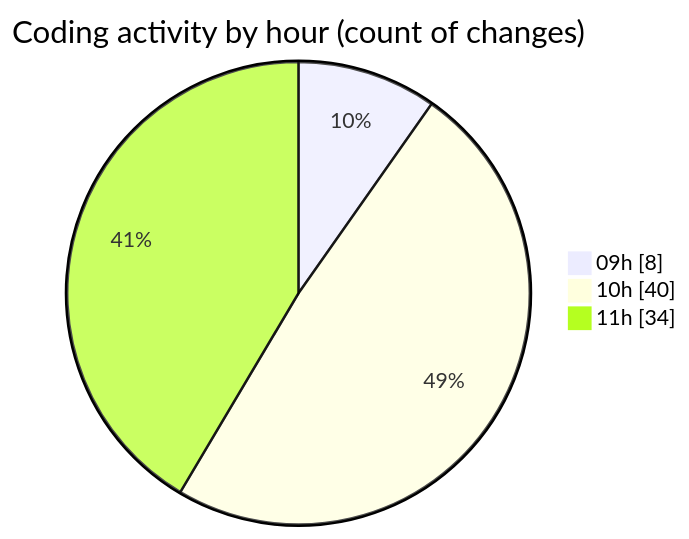
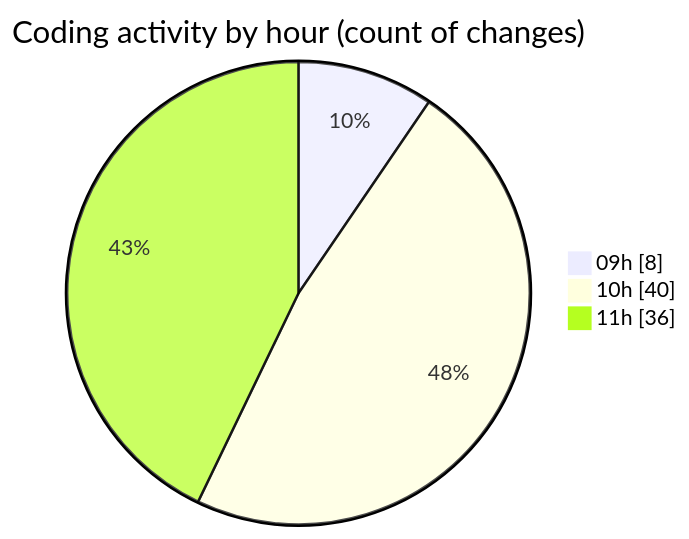
One commit to momahboobian/code-tracking changed the second of 2 diagrams in 2025-09-01/cda/README.md. Above: the diagram before and after it, drawn with Mermaid. The commit also changed other lines of this file and 1 other file, not shown here.

````diff
--- a/2025-09-01/cda/README.md
+++ b/2025-09-01/cda/README.md
@@ -37,7 +37,7 @@
 ```mermaid
 pie showData
 title Coding activity by hour (count of changes)
 "09h" : 8
 "10h" : 40
-"11h" : 34
+"11h" : 36
 ```
````
